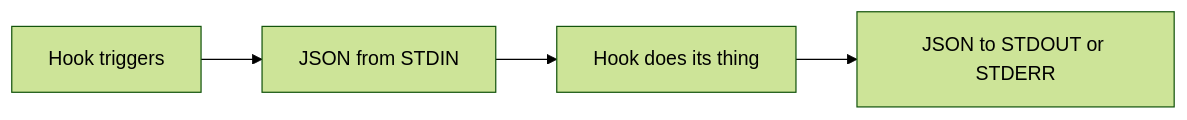
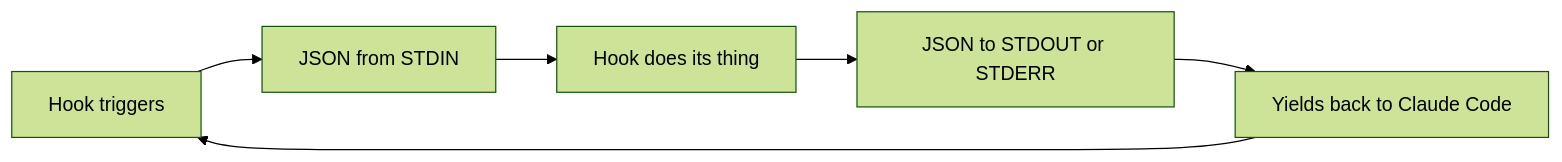
One commit to gabriel-dehan/claude_hooks changed the first of 2 diagrams in README.md. Above: the diagram before and after it, drawn with Mermaid (forest theme). The commit also changed other lines of this file, not shown here.

Commit message:
Update mermaid diagram

````diff
--- a/README.md
+++ b/README.md
@@ -299,4 +299,4 @@
 ```mermaid
 graph LR
-    A[Hook triggers] --> B[JSON from STDIN] --> C[Hook does its thing] --> D[JSON to STDOUT or STDERR]
+  A[Hook triggers] --> B[JSON from STDIN] --> C[Hook does its thing] --> D[JSON to STDOUT or STDERR] --> E[Yields back to Claude Code] --> A
 ```
````
